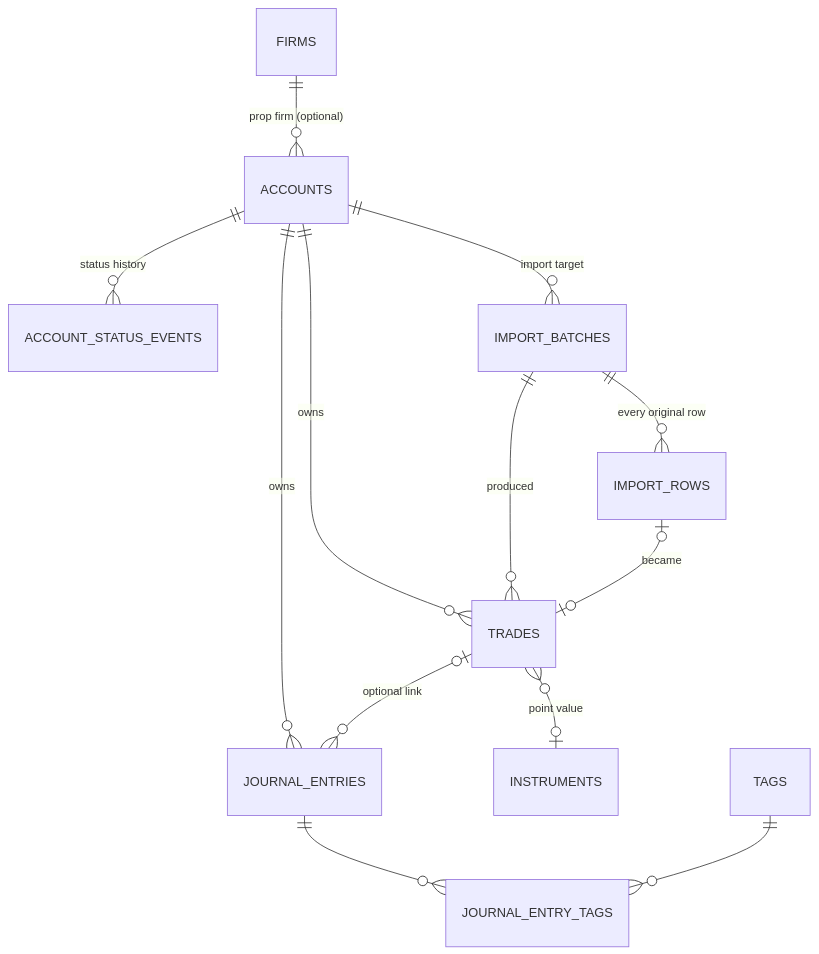
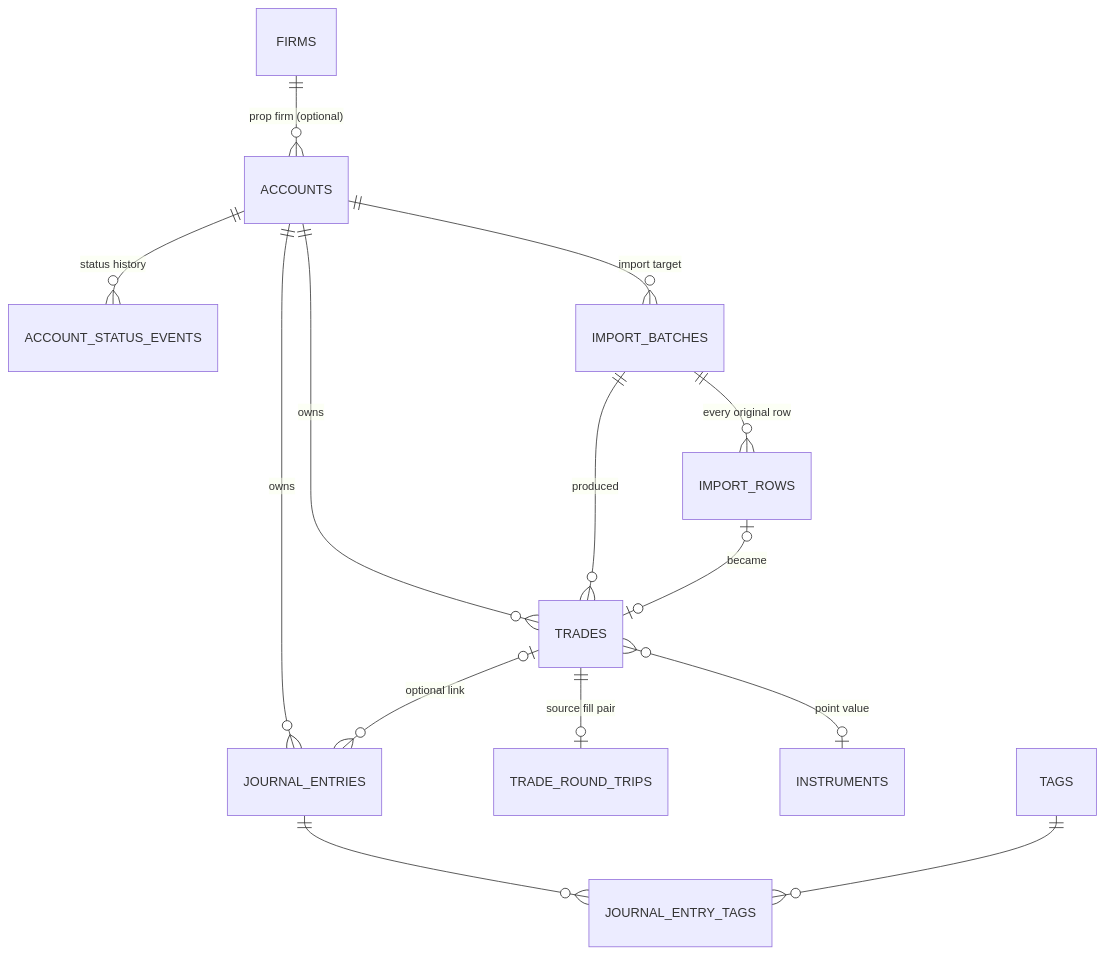
One commit to KyleShabaga/FundedFlow changed the diagram in docs/data-model.md. Above: the diagram before and after it, drawn with Mermaid. The commit also changed other lines of this file and 17 other files, not shown here.

First line of the commit message:
feat: import round-trip performance CSVs with strict validation and fill-pair dedup

````diff
--- a/docs/data-model.md
+++ b/docs/data-model.md
@@ -12,15 +12,16 @@
 ```mermaid
 erDiagram
     FIRMS ||--o{ ACCOUNTS : "prop firm (optional)"
     ACCOUNTS ||--o{ ACCOUNT_STATUS_EVENTS : "status history"
     ACCOUNTS ||--o{ TRADES : owns
     ACCOUNTS ||--o{ JOURNAL_ENTRIES : owns
     ACCOUNTS ||--o{ IMPORT_BATCHES : "import target"
     IMPORT_BATCHES ||--o{ IMPORT_ROWS : "every original row"
     IMPORT_BATCHES ||--o{ TRADES : produced
     IMPORT_ROWS |o--o| TRADES : "became"
+    TRADES ||--o| TRADE_ROUND_TRIPS : "source fill pair"
     TRADES }o--o| INSTRUMENTS : "point value"
     TRADES |o--o{ JOURNAL_ENTRIES : "optional link"
     JOURNAL_ENTRIES ||--o{ JOURNAL_ENTRY_TAGS : ""
     TAGS ||--o{ JOURNAL_ENTRY_TAGS : ""
 ```
````
